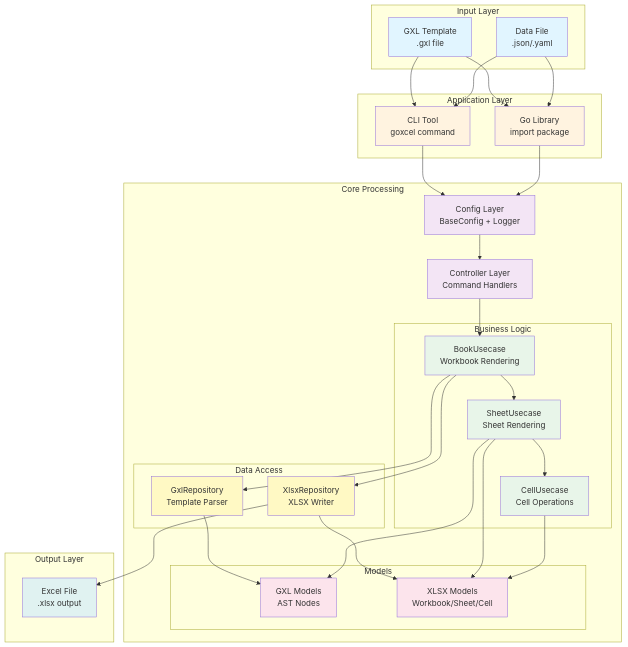
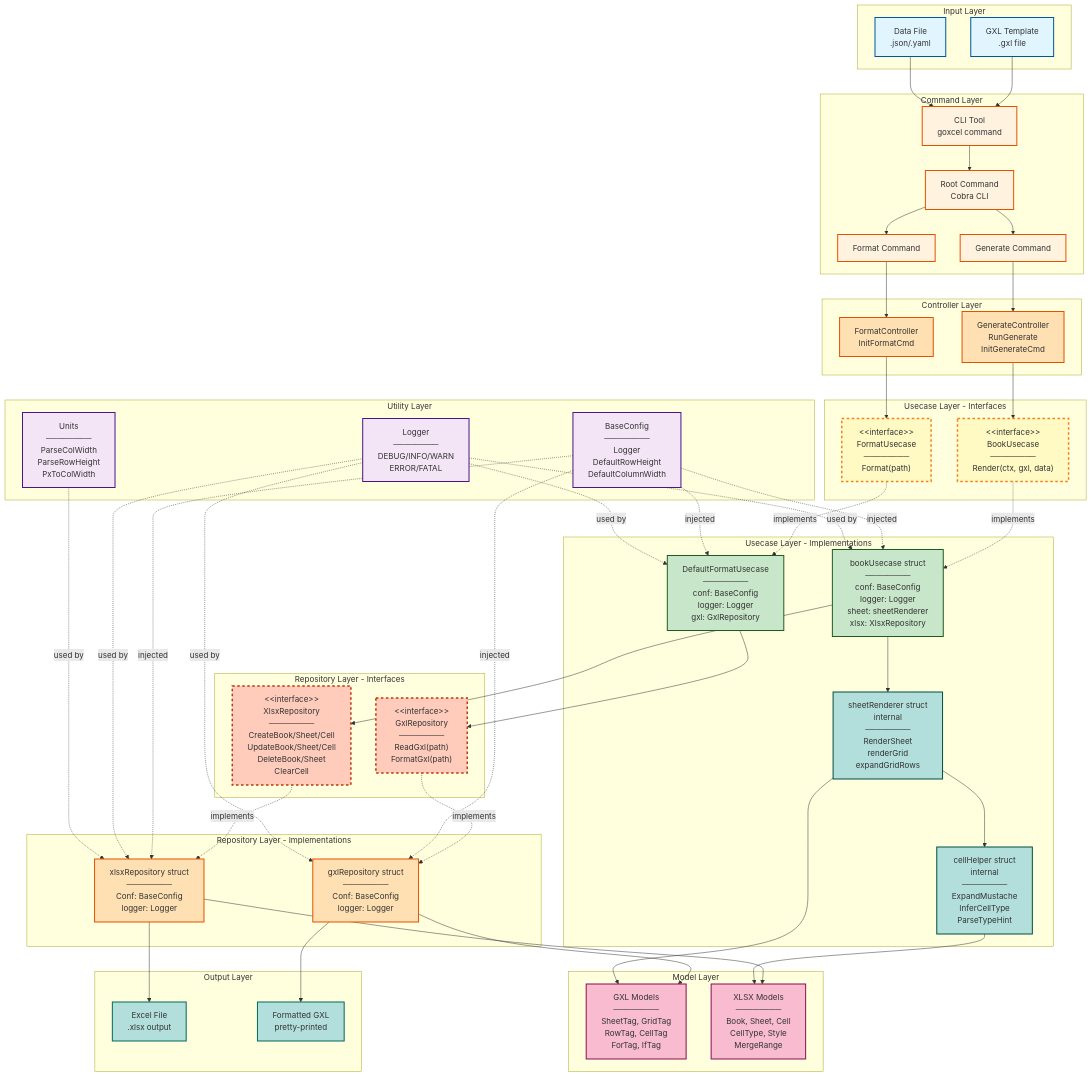
The diagram in docs/src/images/architecture.mmd (ryo-arima/goxcel), drawn with Mermaid before and after one commit. The commit also changed other lines of this file and 7 other files, not shown here.

```diff
--- a/docs/src/images/architecture.mmd
+++ b/docs/src/images/architecture.mmd
@@ -1,76 +1,128 @@
 graph TB
     subgraph "Input Layer"
         GXL[GXL Template<br/>.gxl file]
         DATA[Data File<br/>.json/.yaml]
     end
     
-    subgraph "Application Layer"
+    subgraph "Command Layer"
         CLI[CLI Tool<br/>goxcel command]
-        LIB[Go Library<br/>import package]
+        ROOT[Root Command<br/>Cobra CLI]
+        GENCMD[Generate Command]
+        FMTCMD[Format Command]
     end
     
-    subgraph "Core Processing"
-        CONFIG[Config Layer<br/>BaseConfig + Logger]
-        CTRL[Controller Layer<br/>Command Handlers]
-        
-        subgraph "Business Logic"
-            BOOK[BookUsecase<br/>Workbook Rendering]
-            SHEET[SheetUsecase<br/>Sheet Rendering]
-            CELL[CellUsecase<br/>Cell Operations]
-        end
-        
-        subgraph "Data Access"
-            GXLREPO[GxlRepository<br/>Template Parser]
-            XLSXREPO[XlsxRepository<br/>XLSX Writer]
-        end
-        
-        subgraph "Models"
-            GXLMODEL[GXL Models<br/>AST Nodes]
-            XLSXMODEL[XLSX Models<br/>Workbook/Sheet/Cell]
-        end
+    subgraph "Controller Layer"
+        GENCTRL[GenerateController<br/>RunGenerate<br/>InitGenerateCmd]
+        FMTCTRL[FormatController<br/>InitFormatCmd]
+    end
+    
+    subgraph "Usecase Layer - Interfaces"
+        BOOKIF["&lt;&lt;interface&gt;&gt;<br/>BookUsecase<br/>────────<br/>Render(ctx, gxl, data)"]
+        FMTIF["&lt;&lt;interface&gt;&gt;<br/>FormatUsecase<br/>────────<br/>Format(path)"]
+    end
+    
+    subgraph "Usecase Layer - Implementations"
+        BOOKIMPL[bookUsecase struct<br/>────────<br/>conf: BaseConfig<br/>logger: Logger<br/>sheet: sheetRenderer<br/>xlsx: XlsxRepository]
+        FMTIMPL[DefaultFormatUsecase<br/>────────<br/>conf: BaseConfig<br/>logger: Logger<br/>gxl: GxlRepository]
+        SHEETRDR[sheetRenderer struct<br/>internal<br/>────────<br/>RenderSheet<br/>renderGrid<br/>expandGridRows]
+        CELLHLP[cellHelper struct<br/>internal<br/>────────<br/>ExpandMustache<br/>InferCellType<br/>ParseTypeHint]
+    end
+    
+    subgraph "Repository Layer - Interfaces"
+        GXLIF["&lt;&lt;interface&gt;&gt;<br/>GxlRepository<br/>────────<br/>ReadGxl(path)<br/>FormatGxl(path)"]
+        XLSXIF["&lt;&lt;interface&gt;&gt;<br/>XlsxRepository<br/>────────<br/>CreateBook/Sheet/Cell<br/>UpdateBook/Sheet/Cell<br/>DeleteBook/Sheet<br/>ClearCell"]
+    end
+    
+    subgraph "Repository Layer - Implementations"
+        GXLIMPL[gxlRepository struct<br/>────────<br/>Conf: BaseConfig<br/>logger: Logger]
+        XLSXIMPL[xlsxRepository struct<br/>────────<br/>Conf: BaseConfig<br/>logger: Logger]
+    end
+    
+    subgraph "Model Layer"
+        GXLMODEL[GXL Models<br/>────────<br/>SheetTag, GridTag<br/>RowTag, CellTag<br/>ForTag, IfTag]
+        XLSXMODEL[XLSX Models<br/>────────<br/>Book, Sheet, Cell<br/>CellType, Style<br/>MergeRange]
+    end
+    
+    subgraph "Utility Layer"
+        LOGGER[Logger<br/>────────<br/>DEBUG/INFO/WARN<br/>ERROR/FATAL]
+        UNITS[Units<br/>────────<br/>ParseColWidth<br/>ParseRowHeight<br/>PxToColWidth]
+        CONFIG[BaseConfig<br/>────────<br/>Logger<br/>DefaultRowHeight<br/>DefaultColumnWidth]
     end
     
     subgraph "Output Layer"
         XLSX[Excel File<br/>.xlsx output]
+        FMTGXL[Formatted GXL<br/>pretty-printed]
     end
     
+    %% Input Flow
     GXL --> CLI
     DATA --> CLI
-    GXL --> LIB
-    DATA --> LIB
+    CLI --> ROOT
+    ROOT --> GENCMD
+    ROOT --> FMTCMD
     
-    CLI --> CONFIG
-    LIB --> CONFIG
+    %% Command to Controller
+    GENCMD --> GENCTRL
+    FMTCMD --> FMTCTRL
     
-    CONFIG --> CTRL
-    CTRL --> BOOK
+    %% Controller to Interface
+    GENCTRL --> BOOKIF
+    FMTCTRL --> FMTIF
     
-    BOOK --> SHEET
-    SHEET --> CELL
+    %% Interface Implementation
+    BOOKIF -.implements.-> BOOKIMPL
+    FMTIF -.implements.-> FMTIMPL
+    GXLIF -.implements.-> GXLIMPL
+    XLSXIF -.implements.-> XLSXIMPL
     
-    BOOK --> GXLREPO
-    BOOK --> XLSXREPO
+    %% Usecase Dependencies
+    BOOKIMPL --> SHEETRDR
+    SHEETRDR --> CELLHLP
+    BOOKIMPL --> XLSXIF
+    FMTIMPL --> GXLIF
     
-    GXLREPO --> GXLMODEL
-    XLSXREPO --> XLSXMODEL
+    %% Repository to Model
+    GXLIMPL --> GXLMODEL
+    XLSXIMPL --> XLSXMODEL
+    SHEETRDR --> GXLMODEL
+    CELLHLP --> XLSXMODEL
     
-    SHEET --> GXLMODEL
-    SHEET --> XLSXMODEL
-    CELL --> XLSXMODEL
+    %% Utility Dependencies
+    CONFIG -.injected.-> BOOKIMPL
+    CONFIG -.injected.-> FMTIMPL
+    CONFIG -.injected.-> GXLIMPL
+    CONFIG -.injected.-> XLSXIMPL
+    LOGGER -.used by.-> BOOKIMPL
+    LOGGER -.used by.-> FMTIMPL
+    LOGGER -.used by.-> GXLIMPL
+    LOGGER -.used by.-> XLSXIMPL
+    UNITS -.used by.-> XLSXIMPL
     
-    XLSXREPO --> XLSX
+    %% Output Flow
+    XLSXIMPL --> XLSX
+    GXLIMPL --> FMTGXL
     
-    style GXL fill:#e1f5ff
-    style DATA fill:#e1f5ff
-    style CLI fill:#fff3e0
-    style LIB fill:#fff3e0
-    style CONFIG fill:#f3e5f5
-    style CTRL fill:#f3e5f5
-    style BOOK fill:#e8f5e9
-    style SHEET fill:#e8f5e9
-    style CELL fill:#e8f5e9
-    style GXLREPO fill:#fff9c4
-    style XLSXREPO fill:#fff9c4
-    style GXLMODEL fill:#fce4ec
-    style XLSXMODEL fill:#fce4ec
-    style XLSX fill:#e0f2f1
+    %% Styling
+    classDef inputClass fill:#e1f5ff,stroke:#01579b,stroke-width:2px
+    classDef commandClass fill:#fff3e0,stroke:#e65100,stroke-width:2px
+    classDef controllerClass fill:#ffe0b2,stroke:#e65100,stroke-width:2px
+    classDef interfaceClass fill:#fff9c4,stroke:#f57f17,stroke-width:3px,stroke-dasharray: 5 5
+    classDef implClass fill:#c8e6c9,stroke:#1b5e20,stroke-width:2px
+    classDef internalClass fill:#b2dfdb,stroke:#004d40,stroke-width:2px
+    classDef repoInterfaceClass fill:#ffccbc,stroke:#bf360c,stroke-width:3px,stroke-dasharray: 5 5
+    classDef repoImplClass fill:#ffe0b2,stroke:#e65100,stroke-width:2px
+    classDef modelClass fill:#f8bbd0,stroke:#880e4f,stroke-width:2px
+    classDef utilClass fill:#f3e5f5,stroke:#4a148c,stroke-width:2px
+    classDef outputClass fill:#b2dfdb,stroke:#00695c,stroke-width:2px
+    
+    class GXL,DATA inputClass
+    class CLI,ROOT,GENCMD,FMTCMD commandClass
+    class GENCTRL,FMTCTRL controllerClass
+    class BOOKIF,FMTIF interfaceClass
+    class BOOKIMPL,FMTIMPL implClass
+    class SHEETRDR,CELLHLP internalClass
+    class GXLIF,XLSXIF repoInterfaceClass
+    class GXLIMPL,XLSXIMPL repoImplClass
+    class GXLMODEL,XLSXMODEL modelClass
+    class LOGGER,UNITS,CONFIG utilClass
+    class XLSX,FMTGXL outputClass
```
